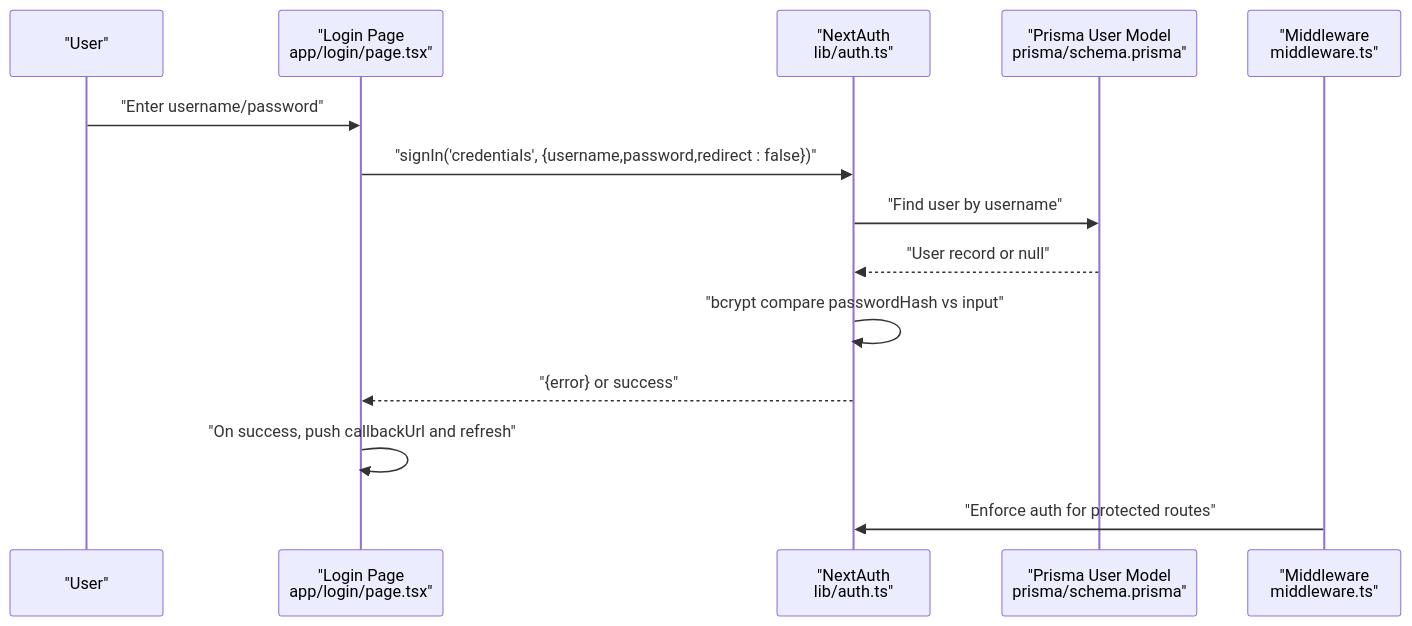
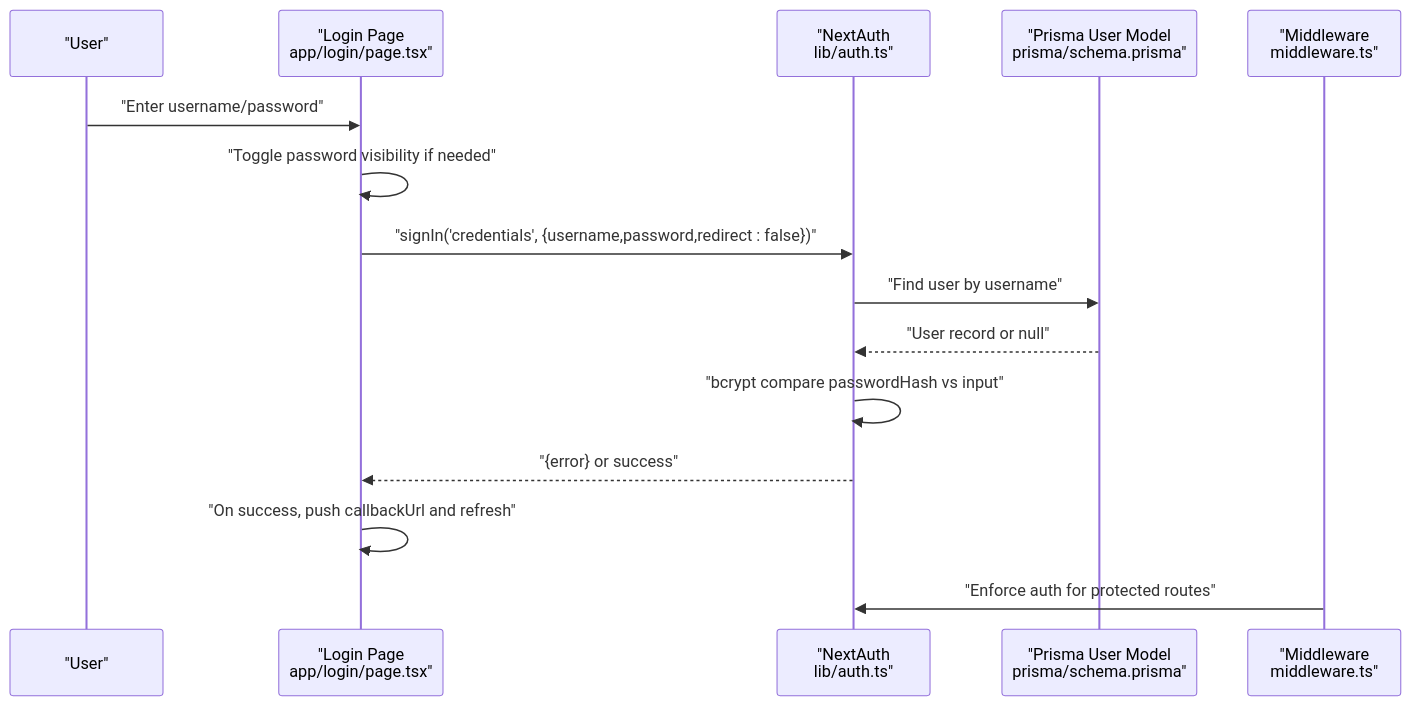
One commit to jrj444/git-daily changed the second of 10 diagrams in .qoder/repowiki/en/content/Authentication and Authorization/Authentication Flow.md. Above: the diagram before and after it, drawn with Mermaid. The commit also changed other lines of this file and 3 other files, not shown here.

````diff
--- a/.qoder/repowiki/en/content/Authentication and Authorization/Authentication Flow.md
+++ b/.qoder/repowiki/en/content/Authentication and Authorization/Authentication Flow.md
@@ -114,16 +126,17 @@
 ```mermaid
 sequenceDiagram
 participant U as "User"
 participant LP as "Login Page<br/>app/login/page.tsx"
 participant NA as "NextAuth<br/>lib/auth.ts"
 participant DB as "Prisma User Model<br/>prisma/schema.prisma"
 participant MW as "Middleware<br/>middleware.ts"
 U->>LP : "Enter username/password"
+LP->>LP : "Toggle password visibility if needed"
 LP->>NA : "signIn('credentials', {username,password,redirect : false})"
 NA->>DB : "Find user by username"
 DB-->>NA : "User record or null"
 NA->>NA : "bcrypt compare passwordHash vs input"
 NA-->>LP : "{error} or success"
 LP->>LP : "On success, push callbackUrl and refresh"
 MW->>NA : "Enforce auth for protected routes"
 ```
````
